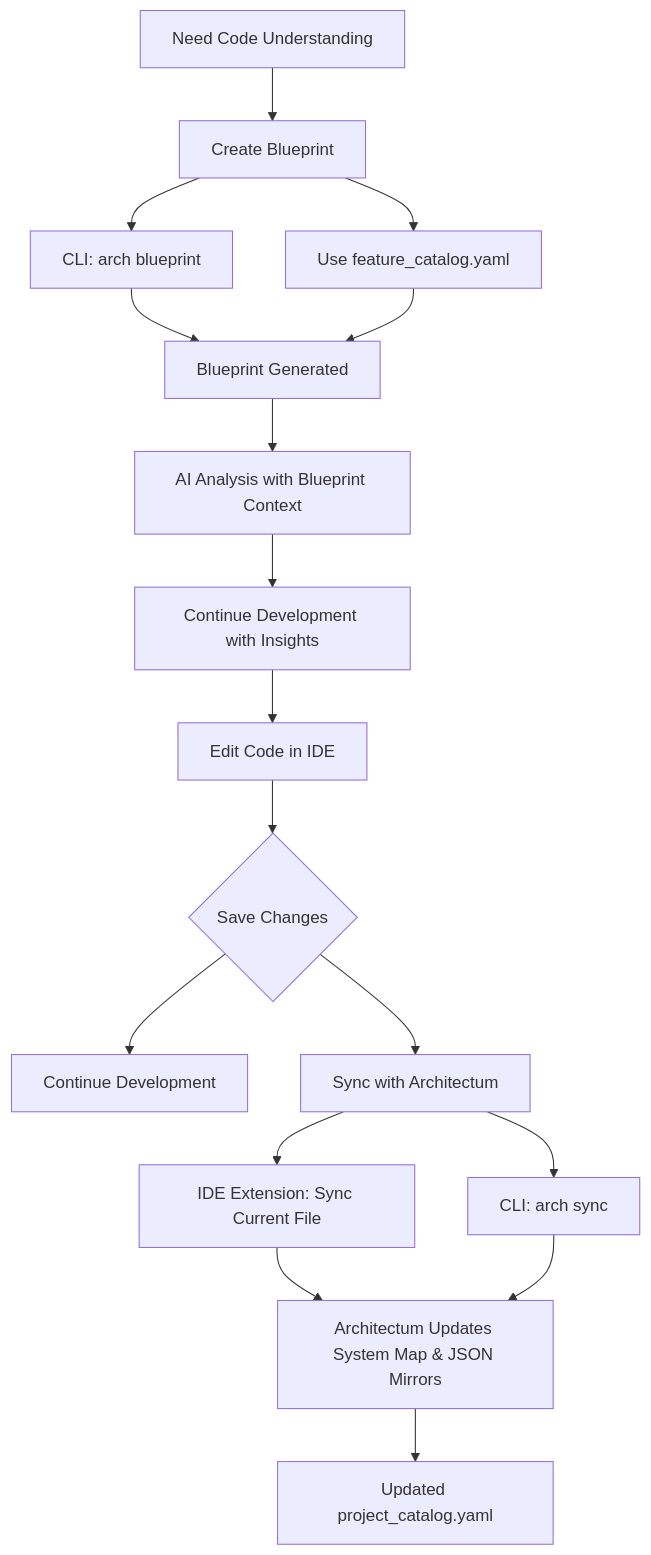
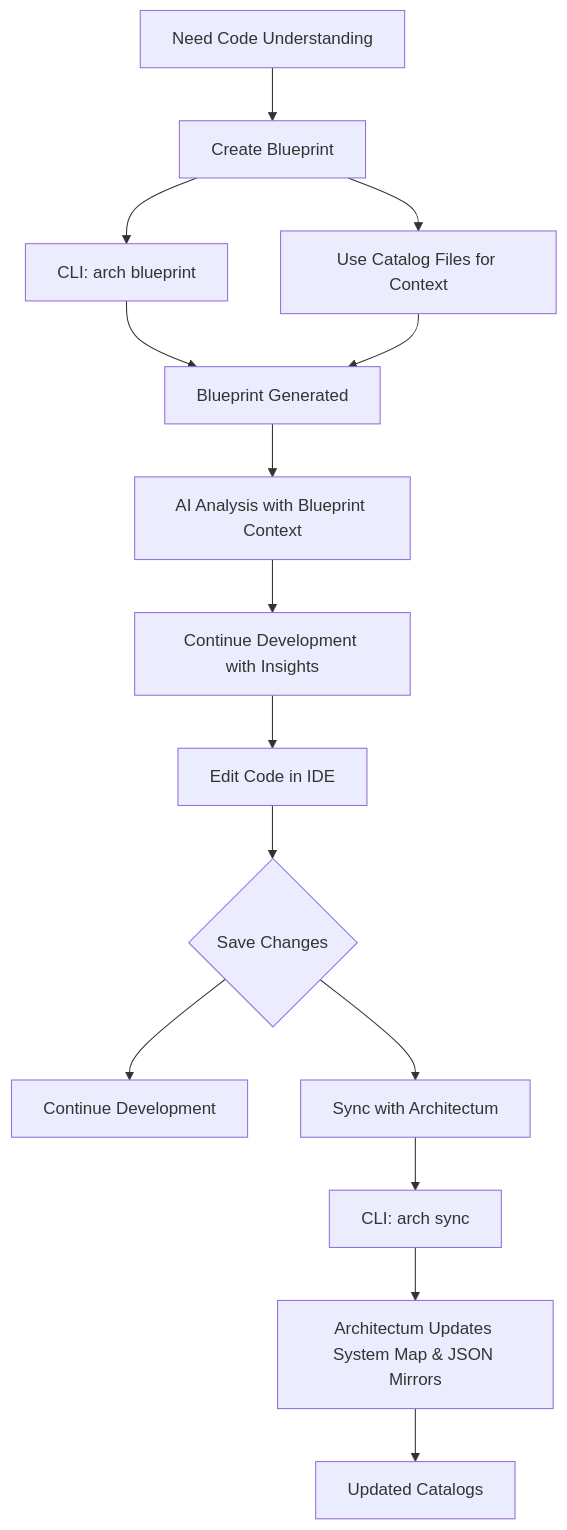
Before and after one commit to flyingwolf1701/Architectum: the second of 5 diagrams in project_docs/core_documents/architecture.md, drawn with Mermaid. The commit also changed other lines of this file, not shown here.

Commit message:
updated architecture

````diff
--- a/project_docs/core_documents/architecture.md
+++ b/project_docs/core_documents/architecture.md
@@ -469,20 +557,18 @@
 ```mermaid
 graph TD
     A[Edit Code in IDE] --> B{Save Changes}
     B --> C[Continue Development]
     B --> D[Sync with Architectum]
-    D --> E[IDE Extension: Sync Current File]
     D --> F[CLI: arch sync]
-    E --> H[Architectum Updates System Map & JSON Mirrors]
-    F --> H
-    H --> I[Updated project_catalog.yaml]
+    F --> H[Architectum Updates System Map & JSON Mirrors]
+    H --> I[Updated Catalogs]
     
     J[Need Code Understanding] --> K[Create Blueprint]
     K --> L[CLI: arch blueprint]
-    K --> M[Use feature_catalog.yaml]
+    K --> M[Use Catalog Files for Context]
     L --> N[Blueprint Generated]
     M --> N
     N --> O[AI Analysis with Blueprint Context]
     O --> P[Continue Development with Insights]
     P --> A
 ```
````
